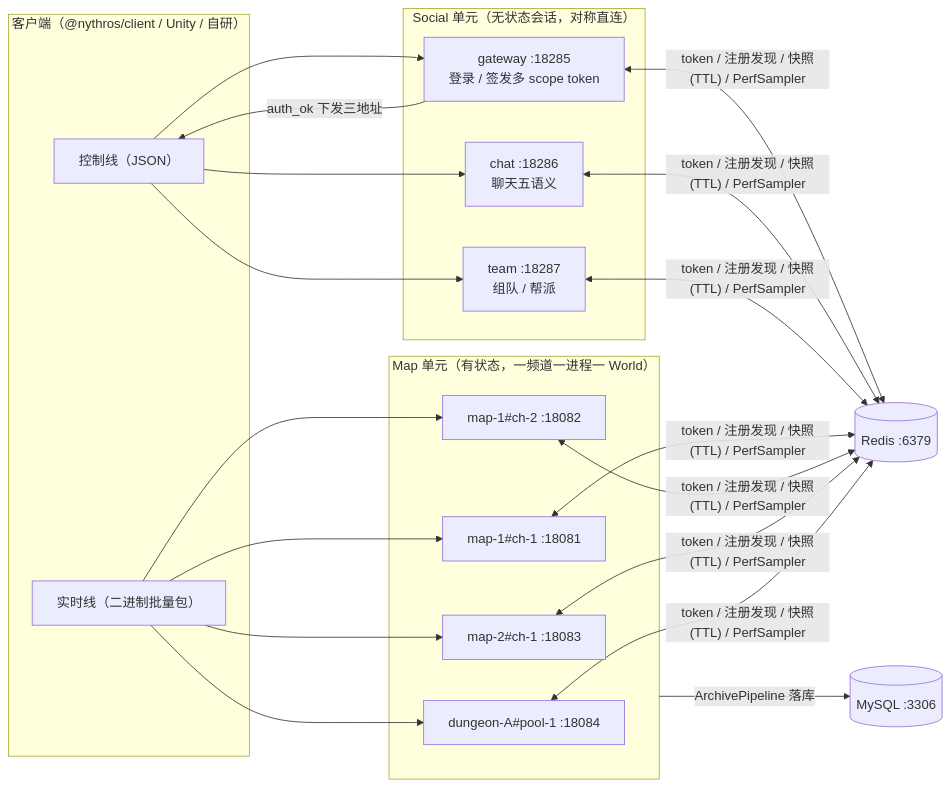
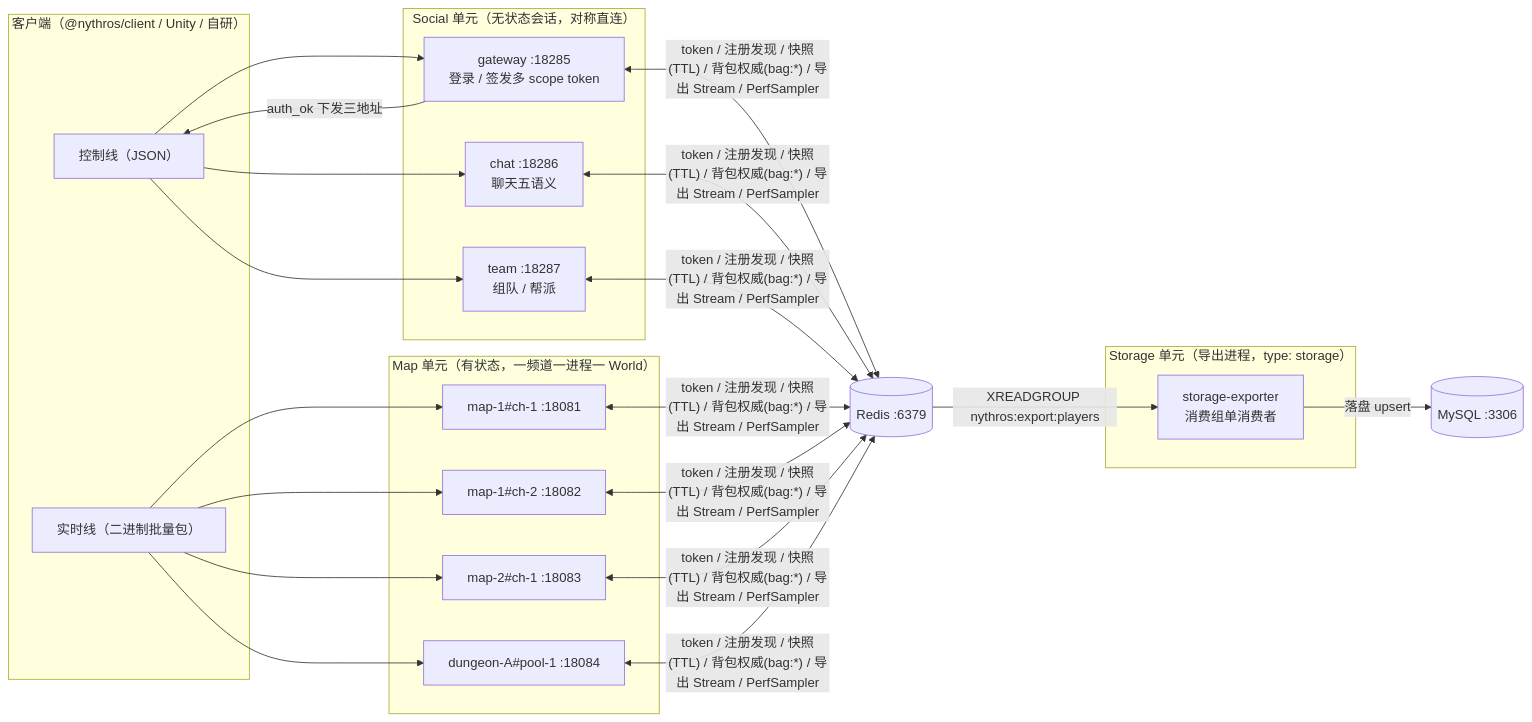
One commit to Nythros/Nythros changed the first of 3 diagrams in docs/architecture.md. Above: the diagram before and after it, drawn with Mermaid. The commit also changed other lines of this file and 9 other files, not shown here.

````diff
--- a/docs/architecture.md
+++ b/docs/architecture.md
@@ -46,26 +46,30 @@
 ```mermaid
 flowchart LR
     subgraph Client["客户端（@nythros/client / Unity / 自研）"]
         C1["控制线（JSON）"]
         C2["实时线（二进制批量包）"]
     end
 
     subgraph SocialUnit["Social 单元（无状态会话，对称直连）"]
         GW["gateway :18285<br/>登录 / 签发多 scope token"]
         CH["chat :18286<br/>聊天五语义"]
         TM["team :18287<br/>组队 / 帮派"]
     end
 
     subgraph MapUnit["Map 单元（有状态，一频道一进程一 World）"]
         M1["map-1#ch-1 :18081"]
         M2["map-1#ch-2 :18082"]
         M3["map-2#ch-1 :18083"]
         M4["dungeon-A#pool-1 :18084"]
     end
 
     C1 --> GW & CH & TM
     C2 --> M1 & M2 & M3 & M4
     GW -- "auth_ok 下发三地址" --> C1
-    GW & CH & TM & M1 & M2 & M3 & M4 <-- "token / 注册发现 / 快照(TTL) / PerfSampler" --> Redis[("Redis :6379")]
-    MapUnit -- "ArchivePipeline 落库" --> DB[("MySQL :3306")]
+    GW & CH & TM & M1 & M2 & M3 & M4 <-- "token / 注册发现 / 快照(TTL) / 背包权威(bag:*) / 导出 Stream / PerfSampler" --> Redis[("Redis :6379")]
+    subgraph StorageUnit["Storage 单元（导出进程，type: storage）"]
+        EX["storage-exporter<br/>消费组单消费者"]
+    end
+    Redis -- "XREADGROUP nythros:export:players" --> EX
+    EX -- "落盘 upsert" --> DB[("MySQL :3306")]
 ```
````
